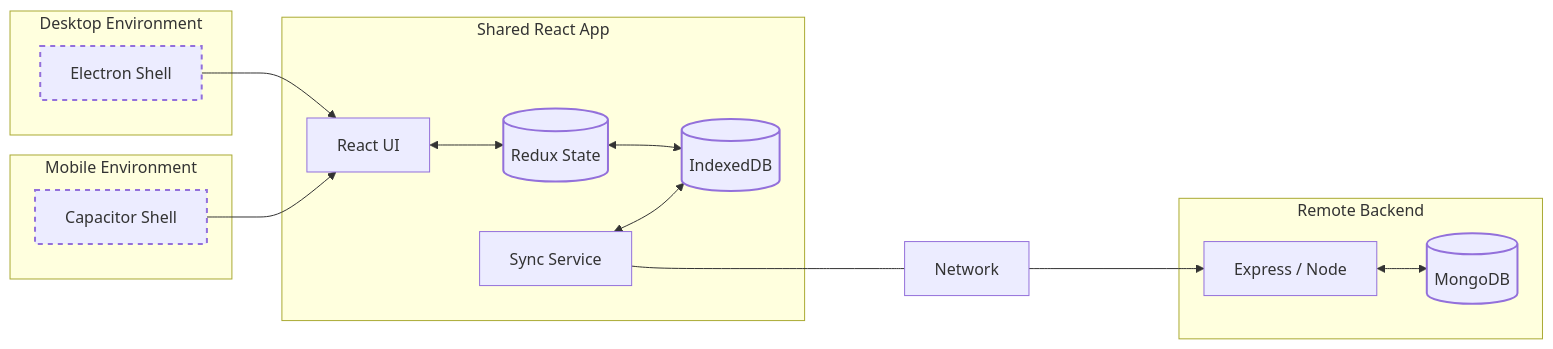
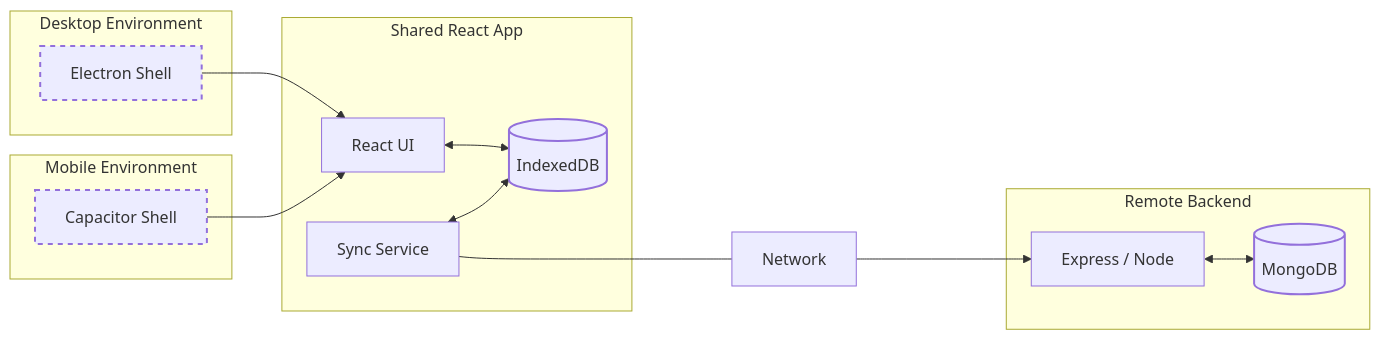
One commit to OleksandrHridzhak/Onda changed the diagram in README.md. Above: the diagram before and after it, drawn with Mermaid.

Commit message:
Remove Redux from architecture diagram

````diff
--- a/README.md
+++ b/README.md
@@ -38,42 +38,40 @@
 ```mermaid
 graph LR
     classDef host stroke-width:2px,stroke-dasharray: 5 5;
     classDef storage stroke-width:2px;
 
     %% Платформи
     subgraph ElectronHost [Desktop Environment]
         Electron[Electron Shell]
     end
 
     subgraph MobileHost [Mobile Environment]
         Capacitor[Capacitor Shell]
     end
 
     %% Спільний фронтенд
     subgraph ClientSide [Shared React App]
         ReactUI[React UI]
-        Redux[(Redux State)]
         SyncService[Sync Service]
         IDB[(IndexedDB)]
     end
 
     %% Сервер
     subgraph ServerSide [Remote Backend]
         Express[Express / Node]
         DB[(MongoDB)]
     end
 
     %% Зв'язки
     Electron --> ReactUI
     Capacitor --> ReactUI
 
-    ReactUI <--> Redux
-    Redux <--> IDB
+    ReactUI <--> IDB
     SyncService <--> IDB
     SyncService <---- Network ----> Express
     Express <--> DB
 
     %% Призначення класів для форм
     class Electron,Capacitor host;
     class Redux,IDB,DB storage;
 ```
````
